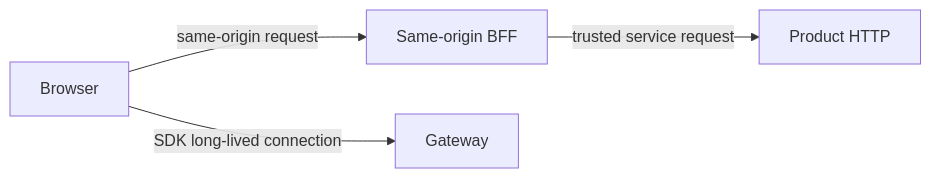
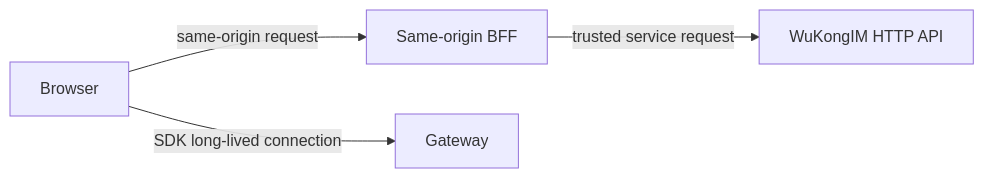
The diagram in docs-site/content/docs/api/authentication.en.mdx (WuKongIM/WuKongIM), drawn with Mermaid before and after one commit. The commit also changed other lines of this file and 166 other files, not shown here.

Commit message:
docs: refresh README visuals and clarify WuKongIM HTTP API

````diff
--- a/docs-site/content/docs/api/authentication.en.mdx
+++ b/docs-site/content/docs/api/authentication.en.mdx
@@ -10,6 +10,6 @@
 ```mermaid
 flowchart LR
   Browser["Browser"] -->|same-origin request| BFF["Same-origin BFF"]
-  BFF -->|trusted service request| ProductHTTP["Product HTTP"]
+  BFF -->|trusted service request| ProductHTTP["WuKongIM HTTP API"]
   Browser -->|SDK long-lived connection| Gateway["Gateway"]
 ```
````
